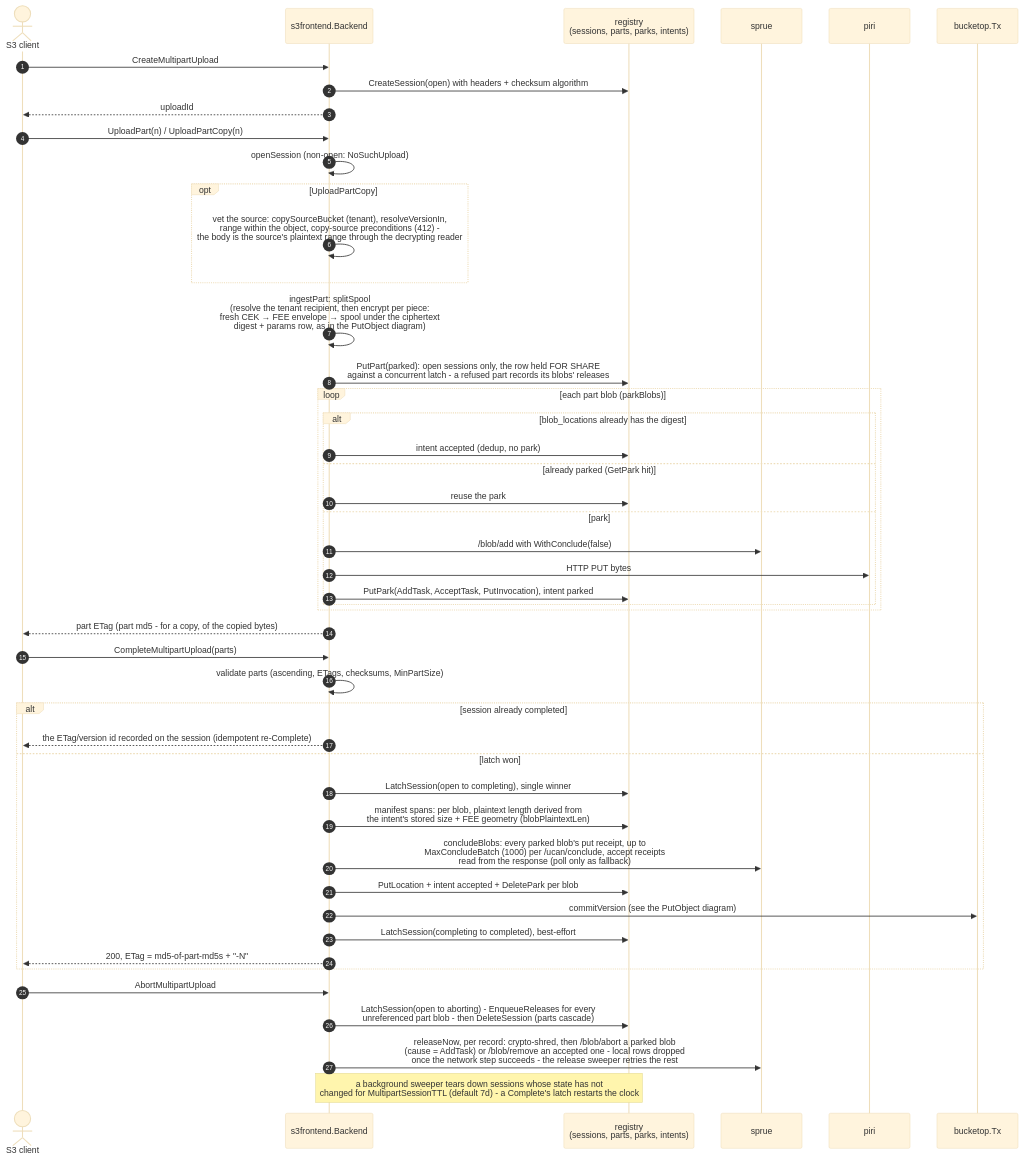
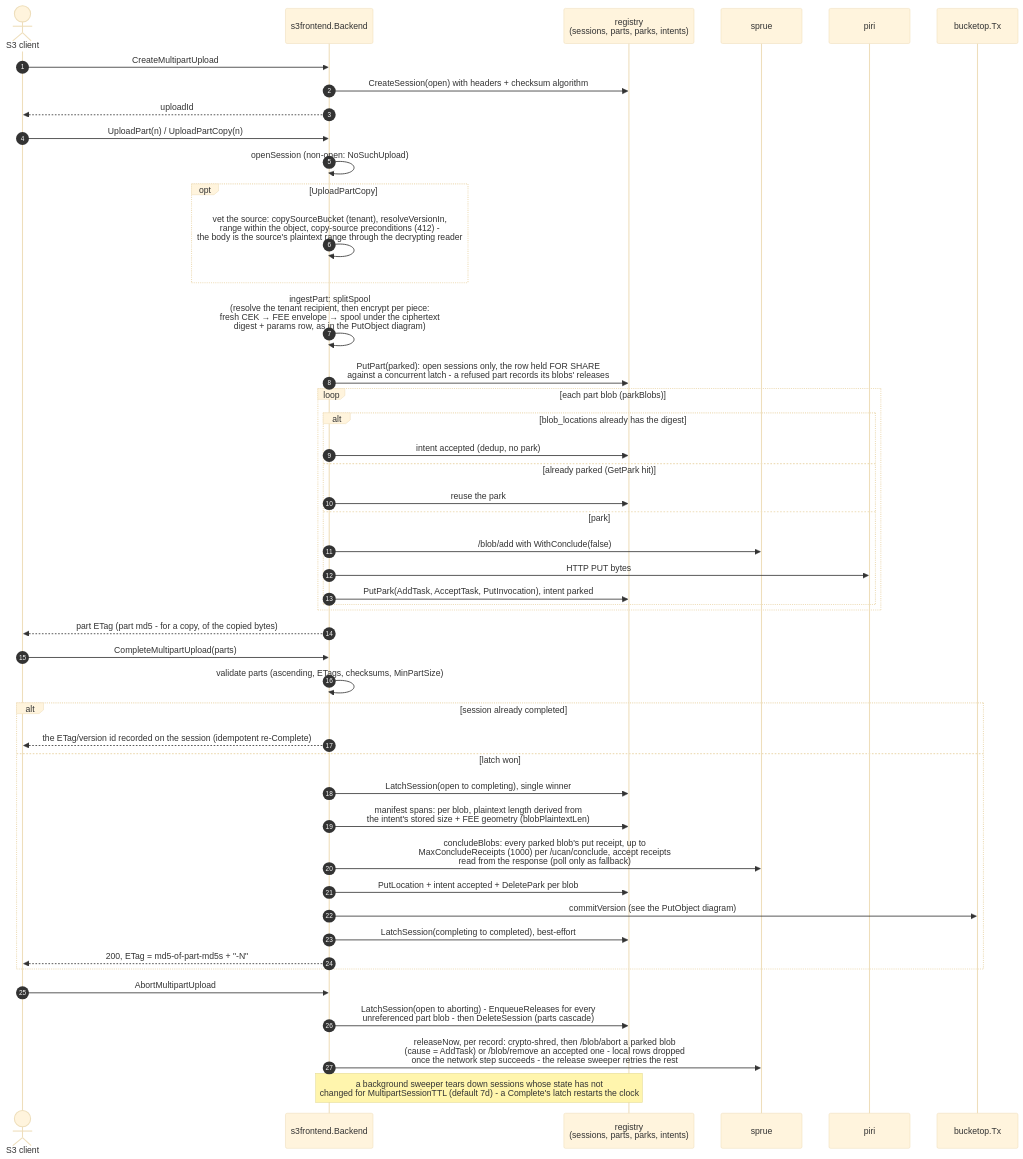
Before and after one commit to fil-forge/ingot: the sixth of 14 diagrams in docs/diagrams.md, drawn with Mermaid (base theme). The commit also changed other lines of this file and 8 other files, not shown here.

````diff
--- a/docs/diagrams.md
+++ b/docs/diagrams.md
@@ -446,50 +449,50 @@
 ```mermaid
 sequenceDiagram
     autonumber
     actor C as S3 client
     participant B as s3frontend.Backend
     participant R as registry<br/>(sessions, parts, parks, intents)
     participant U as sprue
     participant P as piri
     participant TX as bucketop.Tx
 
     C->>B: CreateMultipartUpload
     B->>R: CreateSession(open) with headers + checksum algorithm
     B-->>C: uploadId
     C->>B: UploadPart(n) / UploadPartCopy(n)
     B->>B: openSession (non-open: NoSuchUpload)
     opt UploadPartCopy
         B->>B: vet the source: copySourceBucket (tenant), resolveVersionIn,<br/>range within the object, copy-source preconditions (412) - <br/>the body is the source's plaintext range through the decrypting reader
     end
     B->>B: ingestPart: splitSpool<br/>(resolve the tenant recipient, then encrypt per piece:<br/>fresh CEK → FEE envelope → spool under the ciphertext<br/>digest + params row, as in the PutObject diagram)
     B->>R: PutPart(parked): open sessions only, the row held FOR SHARE<br/>against a concurrent latch - a refused part records its blobs' releases
     loop each part blob (parkBlobs)
         alt blob_locations already has the digest
             B->>R: intent accepted (dedup, no park)
         else already parked (GetPark hit)
             B->>R: reuse the park
         else park
             B->>U: /blob/add with WithConclude(false)
             B->>P: HTTP PUT bytes
             B->>R: PutPark(AddTask, AcceptTask, PutInvocation), intent parked
         end
     end
     B-->>C: part ETag (part md5 - for a copy, of the copied bytes)
     C->>B: CompleteMultipartUpload(parts)
     B->>B: validate parts (ascending, ETags, checksums, MinPartSize)
     alt session already completed
         B-->>C: the ETag/version id recorded on the session (idempotent re-Complete)
     else latch won
         B->>R: LatchSession(open to completing), single winner
         B->>R: manifest spans: per blob, plaintext length derived from<br/>the intent's stored size + FEE geometry (blobPlaintextLen)
-        B->>U: concludeBlobs: every parked blob's put receipt, up to<br/>MaxConcludeBatch (1000) per /ucan/conclude, accept receipts<br/>read from the response (poll only as fallback)
+        B->>U: concludeBlobs: every parked blob's put receipt, up to<br/>MaxConcludeReceipts (1000) per /ucan/conclude, accept receipts<br/>read from the response (poll only as fallback)
         B->>R: PutLocation + intent accepted + DeletePark per blob
         B->>TX: commitVersion (see the PutObject diagram)
         B->>R: LatchSession(completing to completed), best-effort
         B-->>C: 200, ETag = md5-of-part-md5s + "-N"
     end
     C->>B: AbortMultipartUpload
     B->>R: LatchSession(open to aborting) - EnqueueReleases for every<br/>unreferenced part blob - then DeleteSession (parts cascade)
     B->>U: releaseNow, per record: crypto-shred, then /blob/abort a parked blob<br/>(cause = AddTask) or /blob/remove an accepted one - local rows dropped<br/>once the network step succeeds - the release sweeper retries the rest
     Note over B,R: a background sweeper tears down sessions whose state has not<br/>changed for MultipartSessionTTL (default 7d) - a Complete's latch restarts the clock
 ```
````
